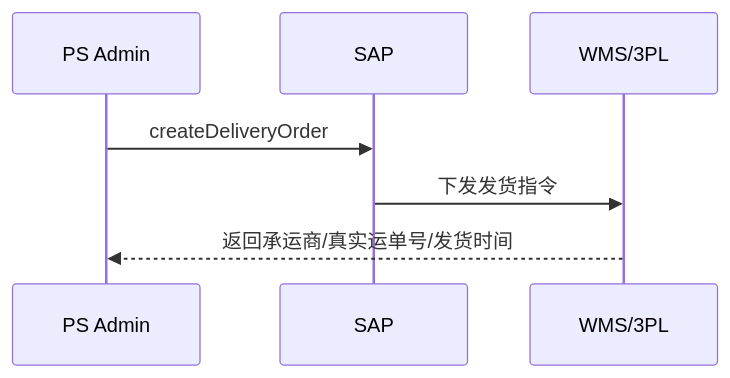
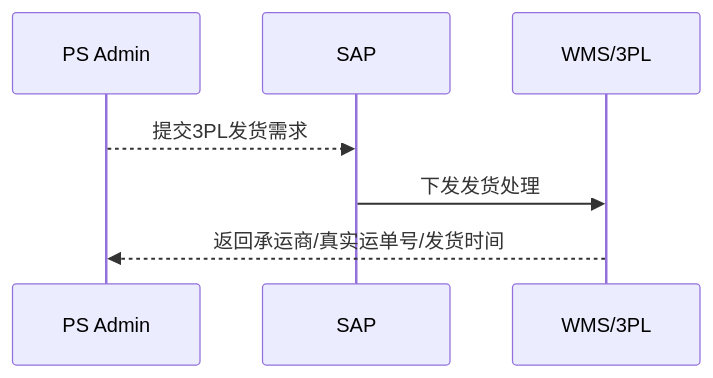
One commit to guguohai/gmps changed diagram 21 of 43 in 文档/GM系统需求说明.md. Above: the diagram before and after it, drawn with Mermaid. The commit also changed other lines of this file and 31 other files, not shown here.

````diff
--- a/文档/GM系统需求说明.md
+++ b/文档/GM系统需求说明.md
@@ -929,10 +912,10 @@
 ```mermaid
 sequenceDiagram
     participant PS as PS Admin
     participant SAP as SAP
     participant WMS as WMS/3PL
 
-    PS->>SAP: createDeliveryOrder
-    SAP->>WMS: 下发发货指令
+    PS-->>SAP: 提交3PL发货需求
+    SAP->>WMS: 下发发货处理
     WMS-->>PS: 返回承运商/真实运单号/发货时间
 ```
````
